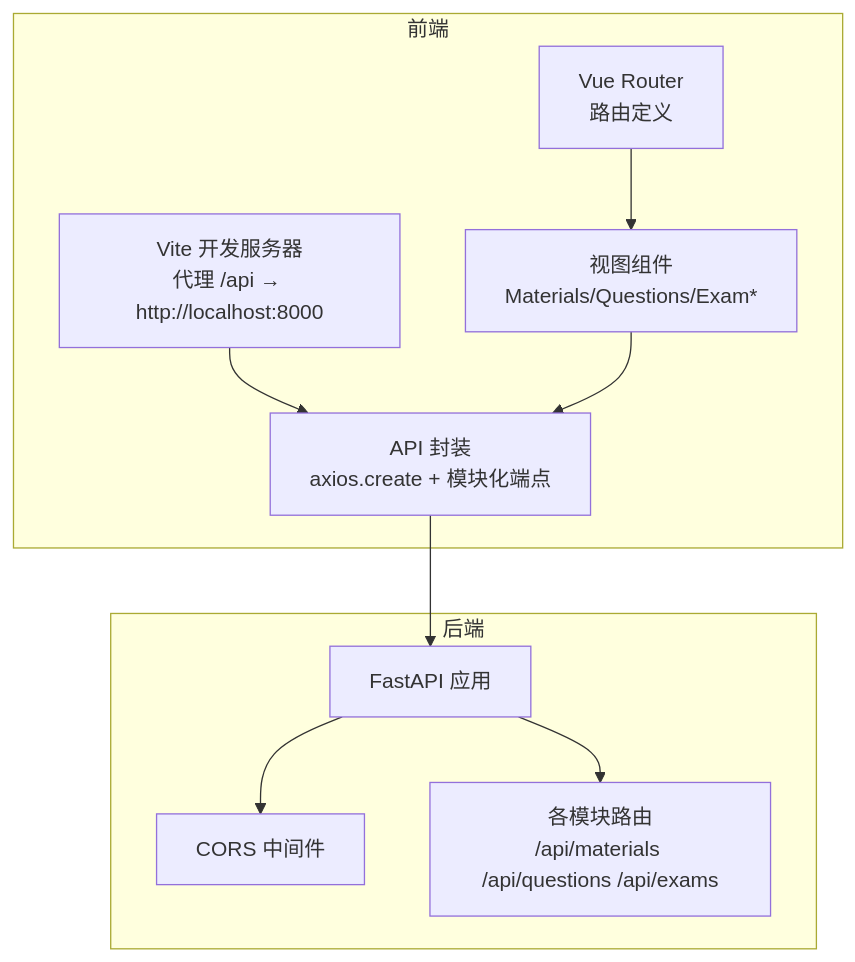
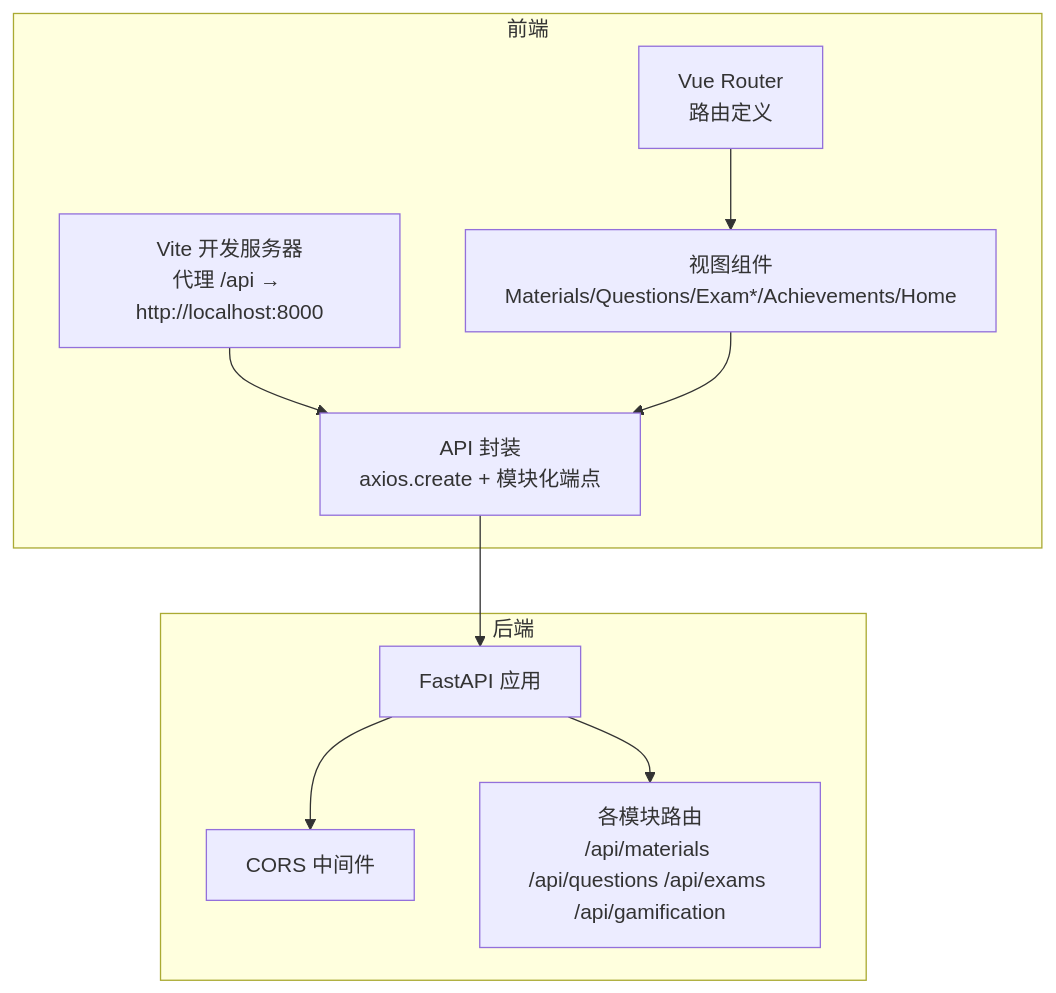
The first of 4 diagrams in .qoder/repowiki/zh/content/前端应用架构/API客户端.md (zhiwenli-jack/personal-learning-manager), drawn with Mermaid before and after one commit. The commit also changed other lines of this file and 20 other files, not shown here.

````diff
--- a/.qoder/repowiki/zh/content/前端应用架构/API客户端.md
+++ b/.qoder/repowiki/zh/content/前端应用架构/API客户端.md
@@ -45,20 +60,20 @@
 ```mermaid
 graph TB
 subgraph "前端"
 Vite["Vite 开发服务器<br/>代理 /api → http://localhost:8000"]
 Router["Vue Router<br/>路由定义"]
 API["API 封装<br/>axios.create + 模块化端点"]
-Views["视图组件<br/>Materials/Questions/Exam*"]
+Views["视图组件<br/>Materials/Questions/Exam*/Achievements/Home"]
 end
 subgraph "后端"
 FastAPI["FastAPI 应用"]
 CORS["CORS 中间件"]
-Routers["各模块路由<br/>/api/materials /api/questions /api/exams"]
+Routers["各模块路由<br/>/api/materials /api/questions /api/exams /api/gamification"]
 end
 Vite --> API
 Router --> Views
 Views --> API
 API --> FastAPI
 FastAPI --> CORS
 FastAPI --> Routers
 ```
````
